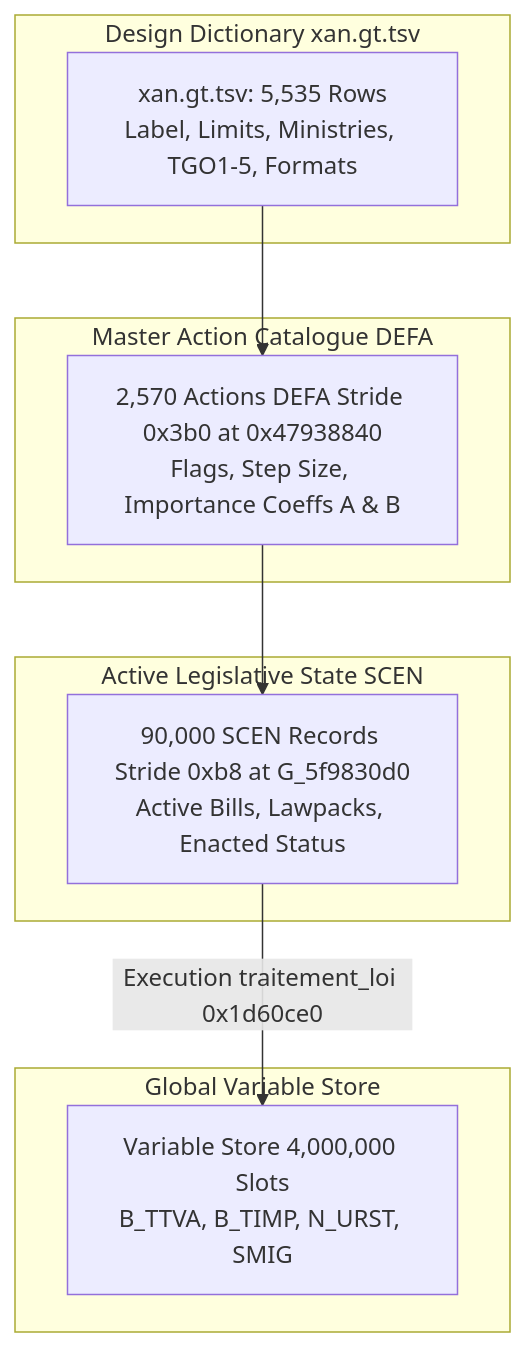
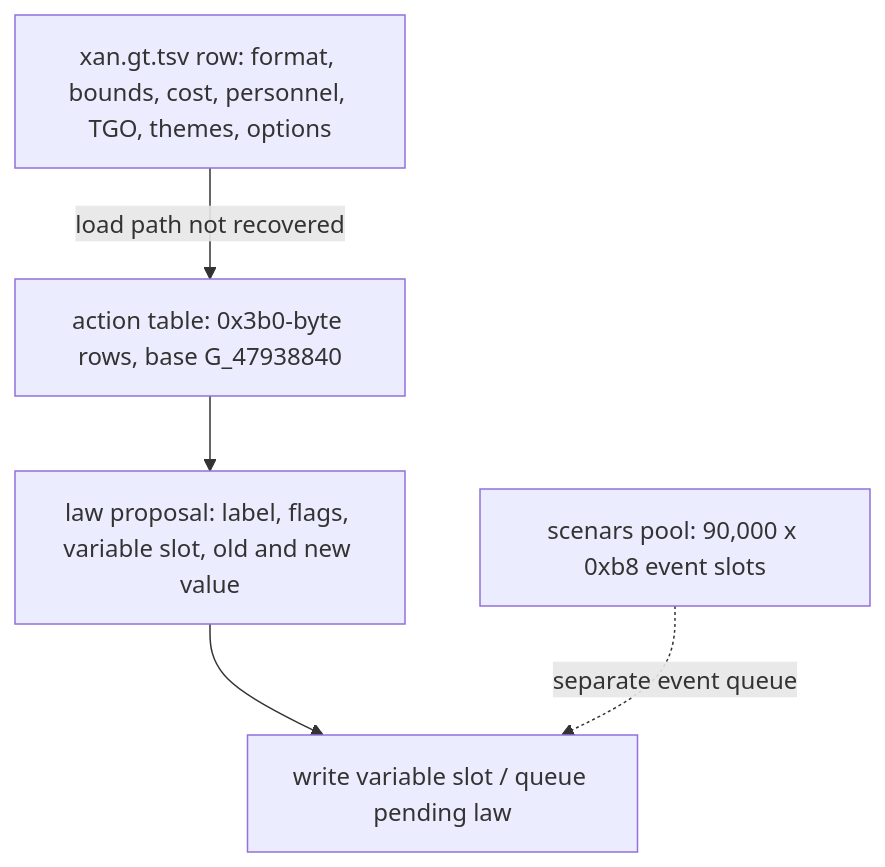
One commit to CthulhuOnIce/GPS-Docs changed the first of 7 diagrams in 06_LAWS_AND_LEGISLATION.md. Above: the diagram before and after it, drawn with Mermaid. The commit also changed other lines of this file and 2 other files, not shown here.

````diff
--- a/06_LAWS_AND_LEGISLATION.md
+++ b/06_LAWS_AND_LEGISLATION.md
@@ -9,22 +69,13 @@
 ```mermaid
 flowchart TD
-    subgraph Design_Dictionary [Design Dictionary xan.gt.tsv]
-        DICT[xan.gt.tsv: 5,535 Rows\nLabel, Limits, Ministries, TGO1-5, Formats]
-    end
+    SHEET[xan.gt.tsv row: format, bounds, cost, personnel, TGO, themes, options]
+    TABLE[action table: 0x3b0-byte rows, base G_47938840]
+    PROPOSAL[law proposal: label, flags, variable slot, old and new value]
+    SCEN[scenars pool: 90,000 x 0xb8 event slots]
+    APPLY[write variable slot / queue pending law]
 
-    subgraph Static_Catalogue [Master Action Catalogue DEFA]
-        DEFA[2,570 Actions DEFA Stride 0x3b0 at 0x47938840\nFlags, Step Size, Importance Coeffs A & B]
-    end
-
-    subgraph Dynamic_State [Active Legislative State SCEN]
-        SCEN[90,000 SCEN Records Stride 0xb8 at G_5f9830d0\nActive Bills, Lawpacks, Enacted Status]
-    end
-
-    subgraph Scalar_Store [Global Variable Store]
-        VARS[Variable Store 4,000,000 Slots\nB_TTVA, B_TIMP, N_URST, SMIG]
-    end
-
-    DICT --> DEFA
-    DEFA --> SCEN
-    SCEN -->|Execution traitement_loi 0x1d60ce0| VARS
+    SHEET -->|load path not recovered| TABLE
+    TABLE --> PROPOSAL
+    PROPOSAL --> APPLY
+    SCEN -.->|separate event queue| APPLY
 ```
````
